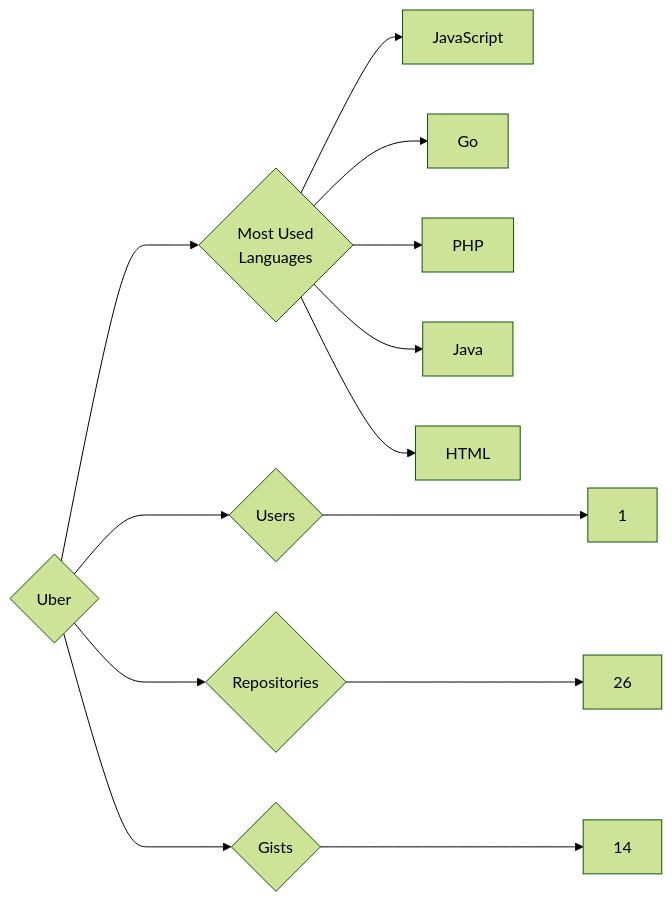
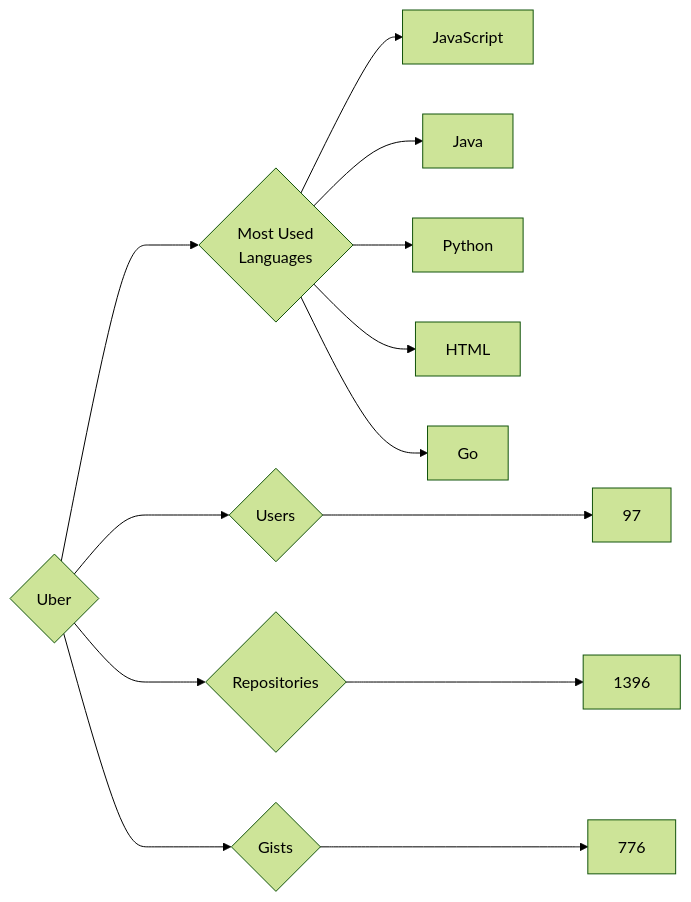
The diagram in targets/Uber/README.md (trickest/insiders), drawn with Mermaid (forest theme) before and after one commit. The commit also changed 970 other files, not shown here.

````diff
--- a/targets/Uber/README.md
+++ b/targets/Uber/README.md
@@ -3,13 +3,13 @@
 ```mermaid
 graph LR
 COMPANY_NAME{Uber}
-COMPANY_NAME ---> U{Users} ---> UN[1]
-COMPANY_NAME ---> R{Repositories} ---> RN[26]
-COMPANY_NAME ---> G{Gists} ---> GN[14]
+COMPANY_NAME ---> U{Users} ---> UN[97]
+COMPANY_NAME ---> R{Repositories} ---> RN[1396]
+COMPANY_NAME ---> G{Gists} ---> GN[776]
 COMPANY_NAME ---> ML{Most Used<br>Languages}
 ML --> JavaScript[JavaScript]
+ML --> Java[Java]
+ML --> Python[Python]
+ML --> HTML[HTML]
 ML --> Go[Go]
-ML --> PHP[PHP]
-ML --> Java[Java]
-ML --> HTML[HTML]
 ```
````
